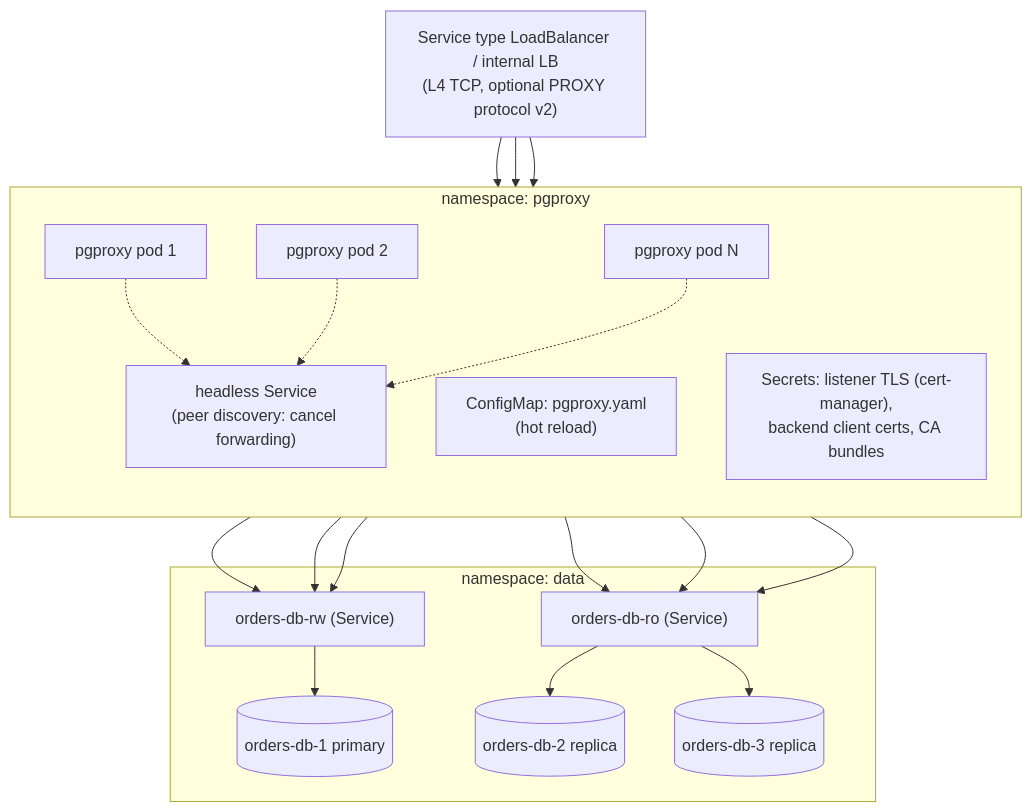
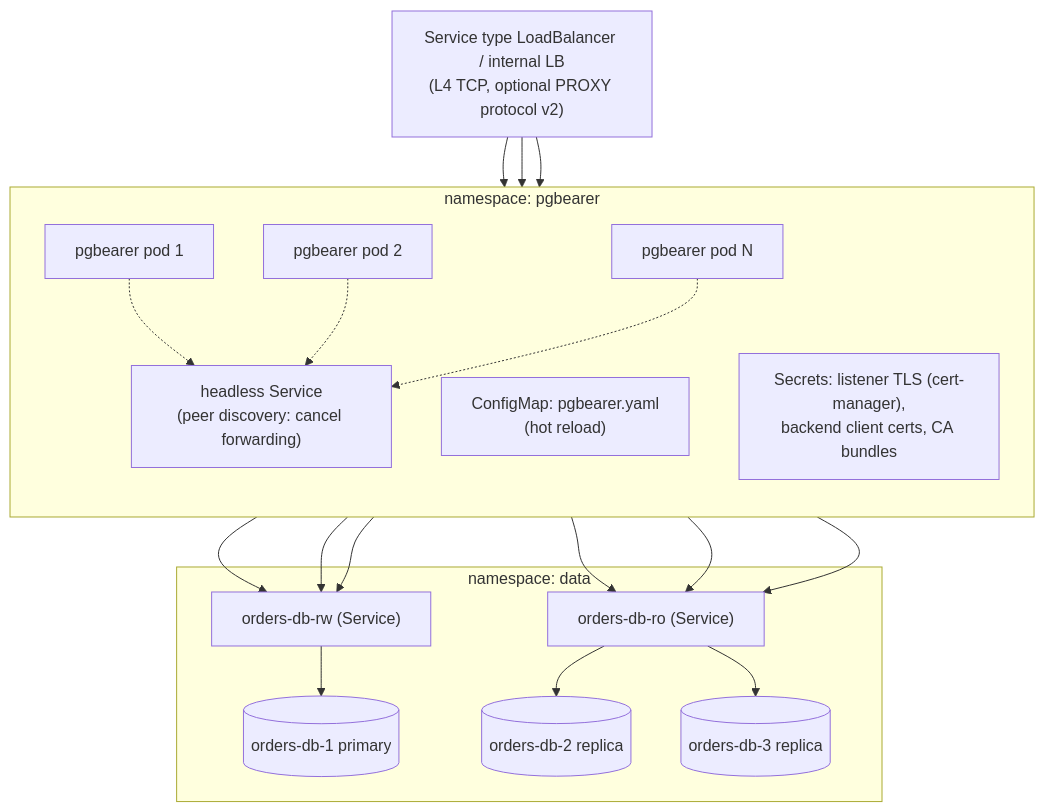
Before and after one commit to egkristi/pgbearer: the second of 4 diagrams in ARCHITECTURE.md, drawn with Mermaid. The commit also changed other lines of this file and 2 other files, not shown here.

First line of the commit message:
Rename project from pgproxy to pgbearer

````diff
--- a/ARCHITECTURE.md
+++ b/ARCHITECTURE.md
@@ -131,25 +131,25 @@
 ```mermaid
 flowchart TB
     lb["Service type LoadBalancer / internal LB<br/>(L4 TCP, optional PROXY protocol v2)"]
-    subgraph nsproxy["namespace: pgproxy"]
+    subgraph nsproxy["namespace: pgbearer"]
         direction TB
-        p1["pgproxy pod 1"]
-        p2["pgproxy pod 2"]
-        p3["pgproxy pod N"]
+        p1["pgbearer pod 1"]
+        p2["pgbearer pod 2"]
+        p3["pgbearer pod N"]
         hs["headless Service<br/>(peer discovery: cancel forwarding)"]
-        cm["ConfigMap: pgproxy.yaml<br/>(hot reload)"]
+        cm["ConfigMap: pgbearer.yaml<br/>(hot reload)"]
         sec["Secrets: listener TLS (cert-manager),<br/>backend client certs, CA bundles"]
     end
     subgraph nsdata["namespace: data"]
         rw["orders-db-rw (Service)"]
         ro["orders-db-ro (Service)"]
         pg1[("orders-db-1 primary")]
         pg2[("orders-db-2 replica")]
         pg3[("orders-db-3 replica")]
     end
     lb --> p1 & p2 & p3
     p1 & p2 & p3 -.-> hs
     p1 & p2 & p3 --> rw & ro
     rw --> pg1
     ro --> pg2 & pg3
 ```
````
